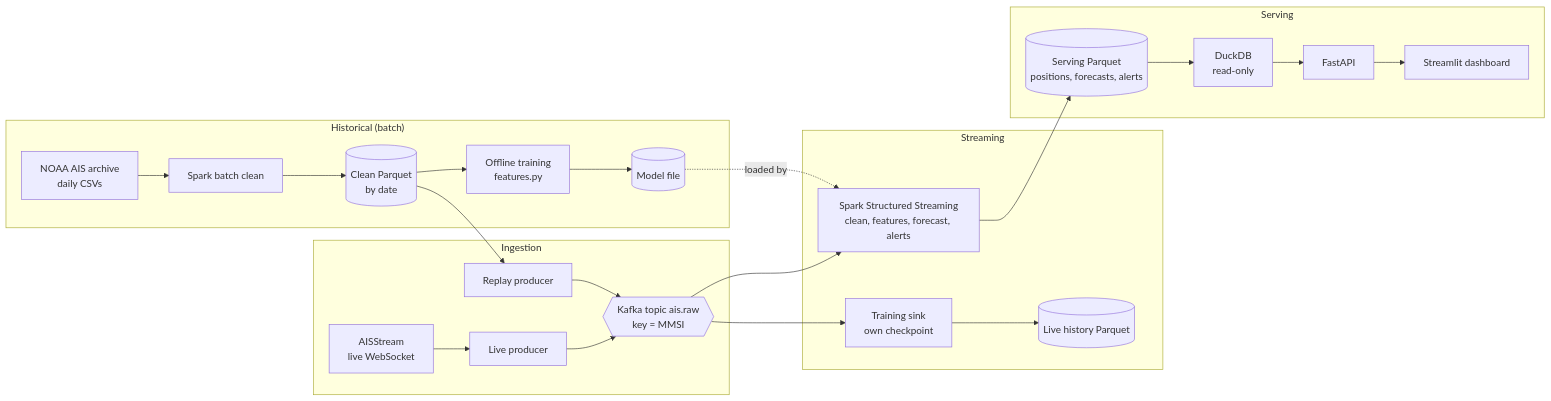
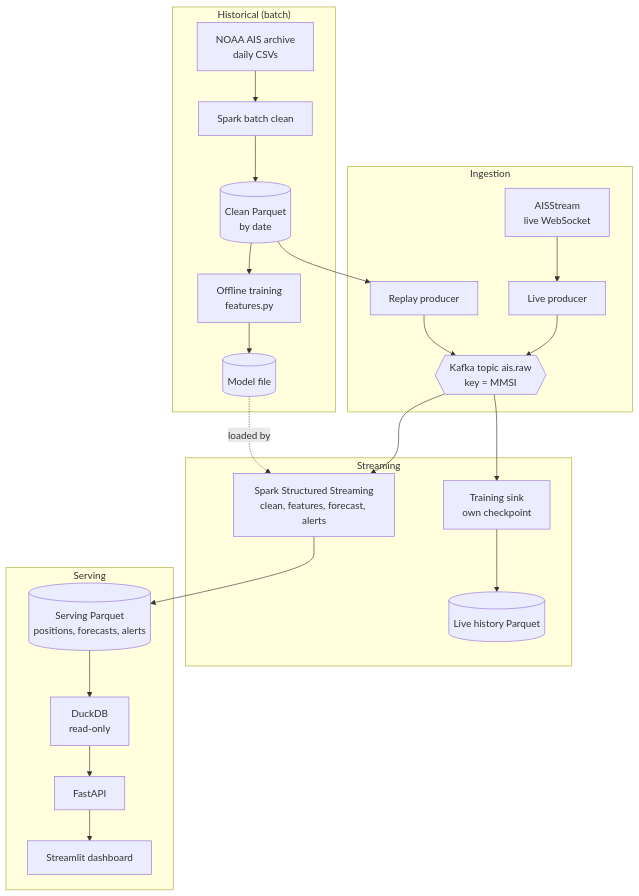
Before and after one commit to engindenizdogu/vessel-watch: the diagram in docs/PROJECT_PLAN.md, drawn with Mermaid. The commit also changed other lines of this file and 20 other files, not shown here.

````diff
--- a/docs/PROJECT_PLAN.md
+++ b/docs/PROJECT_PLAN.md
@@ -47,30 +47,30 @@
 ```mermaid
-flowchart LR
+flowchart TB
     subgraph hist["Historical (batch)"]
         noaa["NOAA AIS archive<br/>daily CSVs"] --> batch["Spark batch clean"]
         batch --> clean[("Clean Parquet<br/>by date")]
         clean --> train["Offline training<br/>features.py"] --> model[("Model file")]
     end
 
     subgraph ingest["Ingestion"]
         ais["AISStream<br/>live WebSocket"] --> live["Live producer"]
         replay["Replay producer"]
         live --> kafka{{"Kafka topic ais.raw<br/>key = MMSI"}}
         replay --> kafka
     end
 
     subgraph proc["Streaming"]
         stream["Spark Structured Streaming<br/>clean, features, forecast, alerts"]
         sink["Training sink<br/>own checkpoint"] --> history[("Live history Parquet")]
     end
 
     subgraph serve["Serving"]
         serving[("Serving Parquet<br/>positions, forecasts, alerts")] --> duck["DuckDB<br/>read-only"]
         duck --> api["FastAPI"] --> ui["Streamlit dashboard"]
     end
 
     clean --> replay
     kafka --> stream --> serving
     kafka --> sink
     model -. loaded by .-> stream
 ```
````
